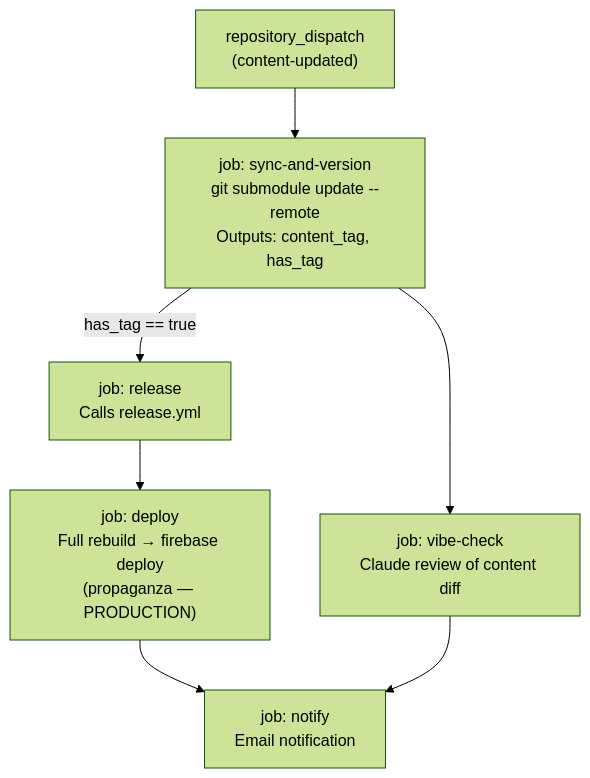
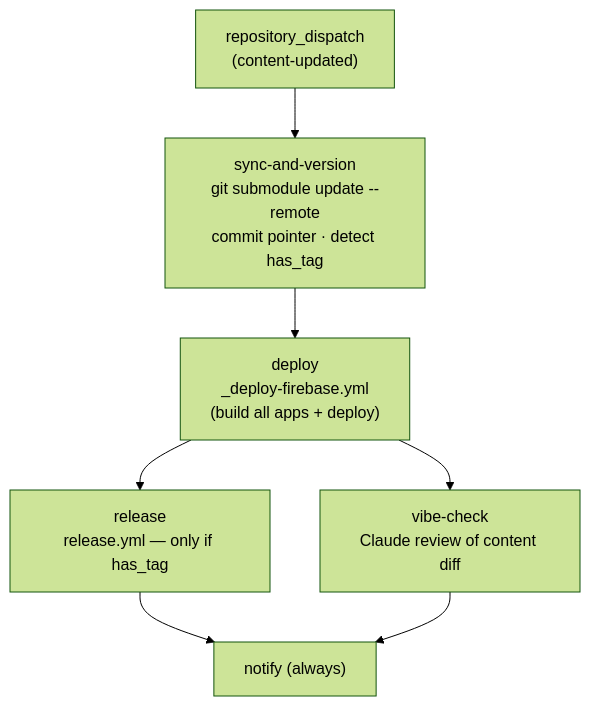
One commit to Cartoniol/project-propz changed the second of 3 diagrams in PROJECT_OVERVIEW.md. Above: the diagram before and after it, drawn with Mermaid (forest theme). The commit also changed other lines of this file, not shown here.

````diff
--- a/PROJECT_OVERVIEW.md
+++ b/PROJECT_OVERVIEW.md
@@ -281,9 +296,9 @@
 ```mermaid
 graph TD
-    A["repository_dispatch<br/>(content-updated)"] --> B["job: sync-and-version<br/>git submodule update --remote<br/>Outputs: content_tag, has_tag"]
-    B -->|has_tag == true| C["job: release<br/>Calls release.yml"]
-    C --> D["job: deploy<br/>Full rebuild → firebase deploy<br/>(propaganza — PRODUCTION)"]
-    B --> E["job: vibe-check<br/>Claude review of content diff"]
-    D --> F["job: notify<br/>Email notification"]
+    A["repository_dispatch<br/>(content-updated)"] --> B["sync-and-version<br/>git submodule update --remote<br/>commit pointer · detect has_tag"]
+    B --> C["deploy<br/>_deploy-firebase.yml<br/>(build all apps + deploy)"]
+    C --> D["release<br/>release.yml — only if has_tag"]
+    C --> E["vibe-check<br/>Claude review of content diff"]
+    D --> F["notify (always)"]
     E --> F
 ```
````
